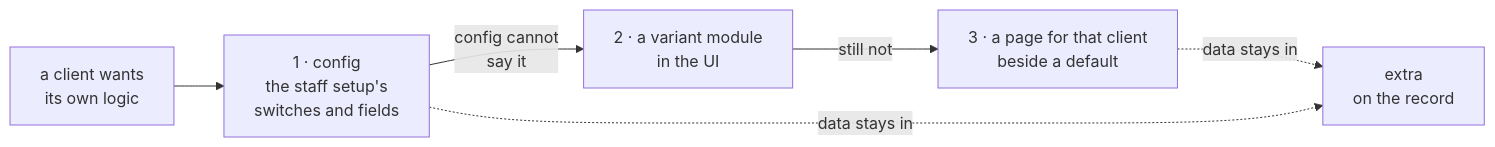
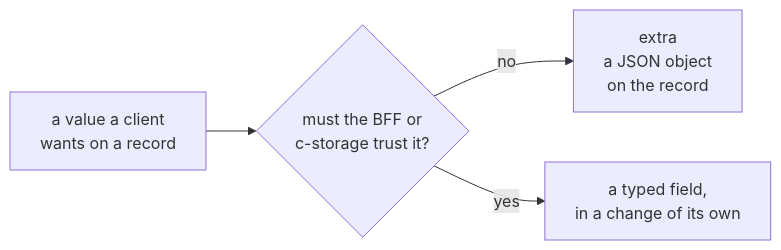
Before and after one commit to ancJ29/credo: the diagram in docs/memo/extra.md, drawn with Mermaid. The commit also changed other lines of this file, not shown here.

First line of the commit message:
docs(memo): the divergence ladder leaves the extra memo, which drew it in the wrong order

````diff
--- a/docs/memo/extra.md
+++ b/docs/memo/extra.md
@@ -12,8 +14,6 @@
 ```mermaid
 flowchart LR
-  need["a client wants<br/>its own logic"] --> rung1["1 · config<br/>the staff setup's<br/>switches and fields"]
-  rung1 -- "config cannot<br/>say it" --> rung2["2 · a variant module<br/>in the UI"]
-  rung2 -- "still not" --> rung3["3 · a page for that client<br/>beside a default"]
-  rung3 -. "data stays in" .-> extra["extra<br/>on the record"]
-  rung1 -. "data stays in" .-> extra
+  val["a value a client<br/>wants on a record"] --> q{"must the BFF or<br/>c-storage trust it?"}
+  q -- no --> extra["extra<br/>a JSON object<br/>on the record"]
+  q -- yes --> typed["a typed field,<br/>in a change of its own"]
 ```
````
